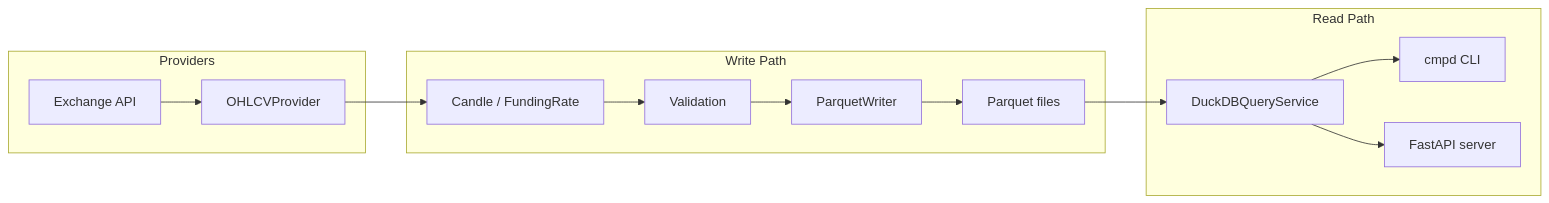
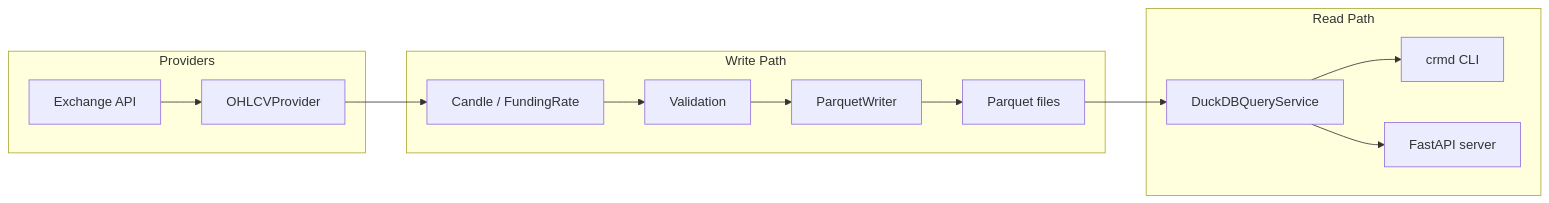
One commit to bigmikecreates/crypto-market-data-platform changed the diagram in README.md. Above: the diagram before and after it, drawn with Mermaid. The commit also changed other lines of this file and 145 other files, not shown here.

First line of the commit message:
feat: rename cmpd → crmd_platform, add infra/auth/security, fix docs drift

````diff
--- a/README.md
+++ b/README.md
@@ -17,17 +17,17 @@
 ```mermaid
 graph LR
     subgraph Providers
         A[Exchange API] --> B[OHLCVProvider]
     end
     subgraph Write Path
         B --> C[Candle / FundingRate]
         C --> D[Validation]
         D --> E[ParquetWriter]
         E --> F[Parquet files]
     end
     subgraph Read Path
         F --> G[DuckDBQueryService]
-        G --> H[cmpd CLI]
+        G --> H[crmd CLI]
         G --> I[FastAPI server]
     end
 ```
````
